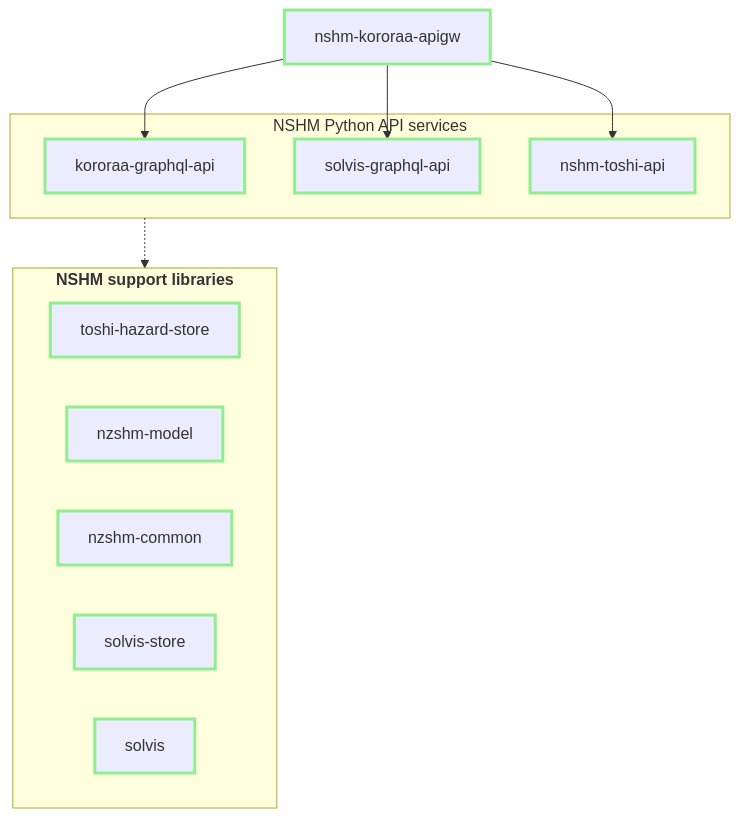
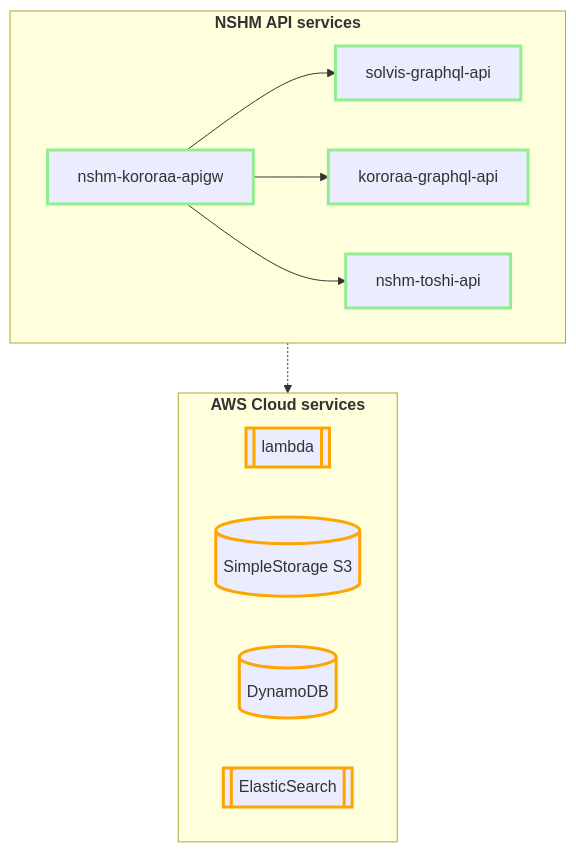
Before and after one commit to GNS-Science/nzshm-documentation: the diagram in docs/architecture/services.md, drawn with Mermaid. The commit also changed other lines of this file and 5 other files, not shown here.

Commit message:
reorg the architecture section; add guidelines/weka_deployment_guide.md and architecture/core_technology.md

````diff
--- a/docs/architecture/services.md
+++ b/docs/architecture/services.md
@@ -5,29 +5,27 @@
 ```mermaid
 graph TD
     classDef nshm stroke:lightgreen, stroke-width:3px
     classDef AWS stroke:orange, stroke-width:3px
+    classDef SVC stroke:powderblue, stroke-width:3px    
 
-    N-APIGW[nshm-kororaa-apigw]:::nshm
 
-    subgraph API[NSHM Python API services]
+    subgraph API[<strong>NSHM API services</strong>]
+        N-APIGW[nshm-kororaa-apigw]:::nshm
         K-API[kororaa-graphql-api]:::nshm
         S-API[solvis-graphql-api]:::nshm
-        T-API[nshm-toshi-api]:::nshm        
-    end
- 
-    subgraph SUP[<strong>NSHM support libraries</strong>]
-        toshi-hazard-store:::nshm
-        nzshm-model:::nshm
-        nzshm-common:::nshm
-        solvis-store:::nshm
-        solvis:::nshm
-        %% nzshm-model ~~~ nzshm-common ~~~ solvis
-        %% toshi-hazard-store ~~~ solvis-store
+        T-API[nshm-toshi-api]:::nshm    
     end
 
+    
+    subgraph CLOUD[<strong>AWS Cloud services</strong>]
+        l[[lambda]]:::AWS
+        S3[( SimpleStorage S3 )]:::AWS
+        D[(DynamoDB)]:::AWS
+        ES[[ElasticSearch]]:::AWS
+    end
+
+    API -.-> CLOUD
     N-APIGW --> S-API
     N-APIGW --> K-API
     N-APIGW --> T-API    
-
-    API -.-> SUP
 ```
````
